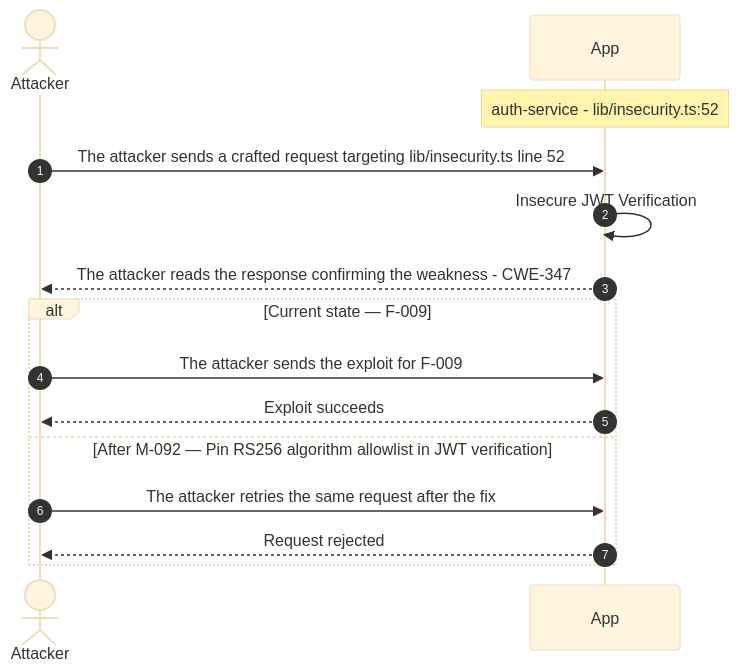
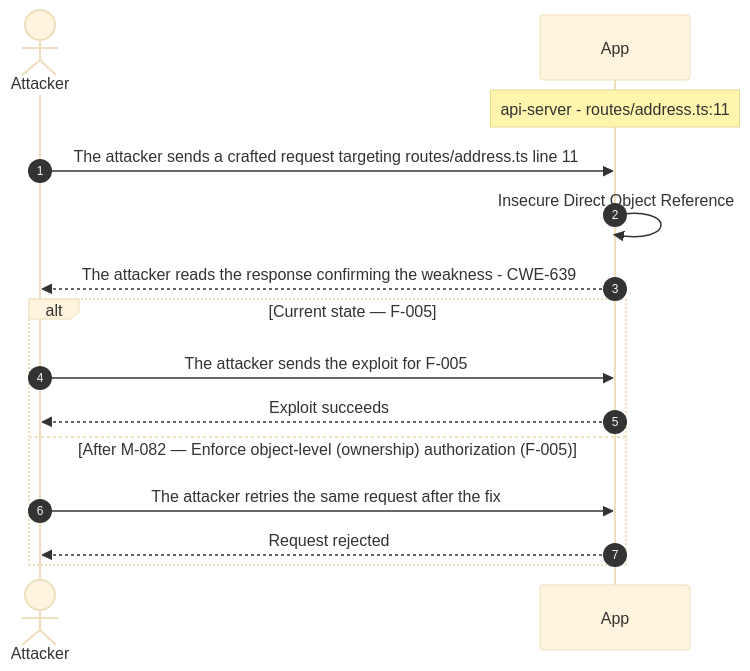
One commit to appsec-foundry/appsec-advisor-examples changed the sixth of 14 diagrams in threat-modeler/threat-model-juice-shop-thorough-v0.6.0b4.md. Above: the diagram before and after it, drawn with Mermaid (base theme). The commit also changed other lines of this file and 11 other files, not shown here.

````diff
--- a/threat-modeler/threat-model-juice-shop-thorough-v0.6.0b4.md
+++ b/threat-modeler/threat-model-juice-shop-thorough-v0.6.0b4.md
@@ -640,17 +552,17 @@
 ```mermaid
 sequenceDiagram
     autonumber
     actor Attacker
     participant App
-    Note over App: auth-service - lib/insecurity.ts:52
-    Attacker->>App: The attacker sends a crafted request targeting lib/insecurity.ts line 52
-    App->>App: Insecure JWT Verification
-    App-->>Attacker: The attacker reads the response confirming the weakness - CWE-347
-    alt Current state — F-009
-        Attacker->>App: The attacker sends the exploit for F-009
+    Note over App: api-server - routes/address.ts:11
+    Attacker->>App: The attacker sends a crafted request targeting routes/address.ts line 11
+    App->>App: Insecure Direct Object Reference
+    App-->>Attacker: The attacker reads the response confirming the weakness - CWE-639
+    alt Current state — F-005
+        Attacker->>App: The attacker sends the exploit for F-005
         App-->>Attacker: Exploit succeeds
-    else After M-092 — Pin RS256 algorithm allowlist in JWT verification
+    else After M-082 — Enforce object-level (ownership) authorization (F-005)
         Attacker->>App: The attacker retries the same request after the fix
         App-->>Attacker: Request rejected
     end
 ```
````
